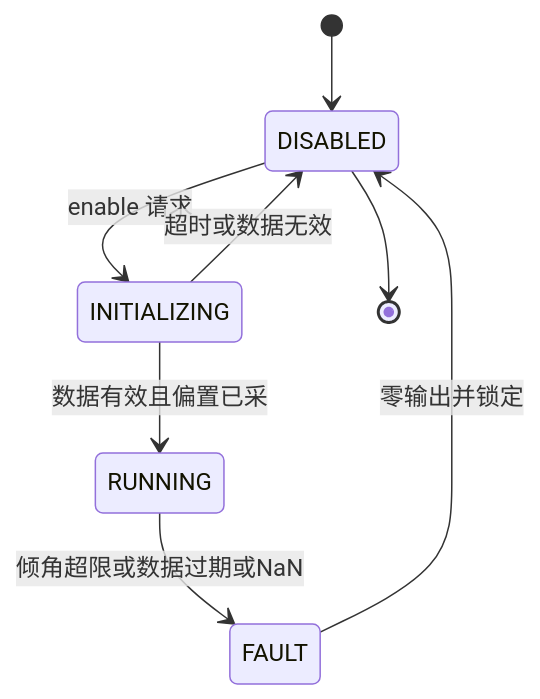
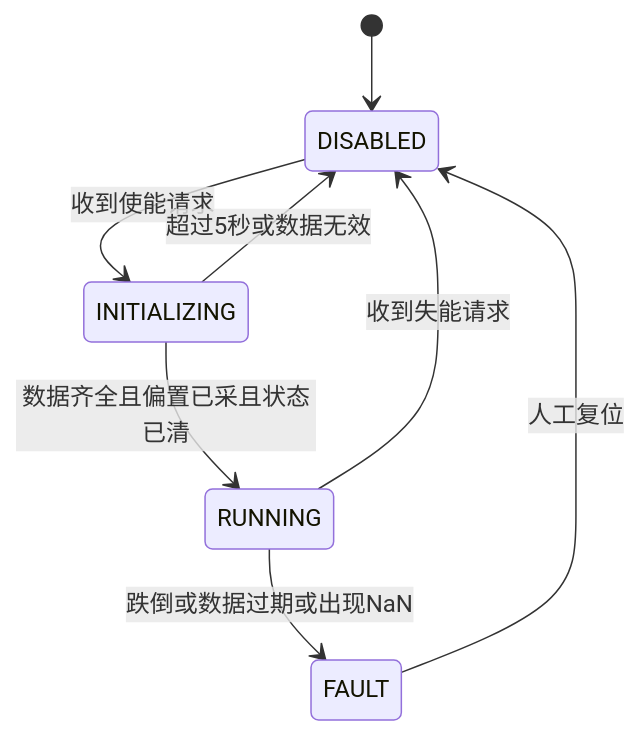
The first of 2 diagrams in 01_项目学习/01_项目课程/P1_AIRS球形机器人平衡控制/08_ROS_CAN安全执行闭环.md (RJgagaga/27fall), drawn with Mermaid before and after one commit. The commit also changed other lines of this file and 93 other files, not shown here.

````diff
--- a/01_项目学习/01_项目课程/P1_AIRS球形机器人平衡控制/08_ROS_CAN安全执行闭环.md
+++ b/01_项目学习/01_项目课程/P1_AIRS球形机器人平衡控制/08_ROS_CAN安全执行闭环.md
@@ -20,10 +130,10 @@
 ```mermaid
 stateDiagram-v2
   [*] --> DISABLED
-  DISABLED --> INITIALIZING: enable 请求
-  INITIALIZING --> RUNNING: 数据有效且偏置已采
-  INITIALIZING --> DISABLED: 超时或数据无效
-  RUNNING --> FAULT: 倾角超限或数据过期或NaN
-  FAULT --> DISABLED: 零输出并锁定
-  DISABLED --> [*]
+  DISABLED --> INITIALIZING: 收到使能请求
+  INITIALIZING --> RUNNING: 数据齐全且偏置已采且状态已清
+  INITIALIZING --> DISABLED: 超过5秒或数据无效
+  RUNNING --> FAULT: 跌倒或数据过期或出现NaN
+  RUNNING --> DISABLED: 收到失能请求
+  FAULT --> DISABLED: 人工复位
 ```
````
